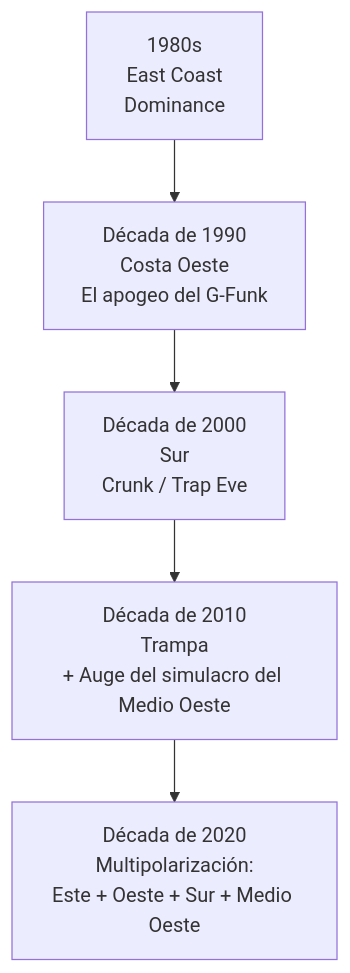
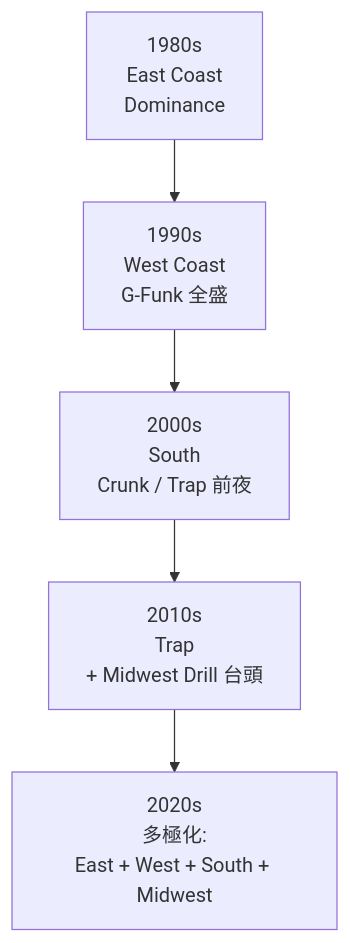
One commit to monumental-movement/monumental-movement.github.io changed the second of 2 diagrams in es/_posts/2025-09-15-Column-Hiphop-History.md. Above: the diagram before and after it, drawn with Mermaid. The commit also changed other lines of this file and 299 other files, not shown here.

```diff
--- a/es/_posts/2025-09-15-Column-Hiphop-History.md
+++ b/es/_posts/2025-09-15-Column-Hiphop-History.md
@@ -276,13 +276,13 @@
 <div class="mermaid">
 
 flowchart TB
         E["1980s<br/>East Coast<br/>Dominance"]
-        W["Década de 1990<br/>Costa Oeste<br/>El apogeo del G-Funk"]
-        S["Década de 2000<br/>Sur<br/>Crunk / Trap Eve"]
-        M["Década de 2010<br/>Trampa<br/>+ Auge del simulacro del Medio Oeste"]
-        P["Década de 2020<br/>Multipolarización:<br/>Este + Oeste + Sur + Medio Oeste"]
+        W["1990s<br/>West Coast<br/>G-Funk 全盛"]
+        S["2000s<br/>South<br/>Crunk / Trap 前夜"]
+        M["2010s<br/>Trap<br/>+ Midwest Drill 台頭"]
+        P["2020s<br/>多極化:<br/>East + West + South + Midwest"]
 
     E --> W --> S --> M --> P
 
 
 </div>
```
